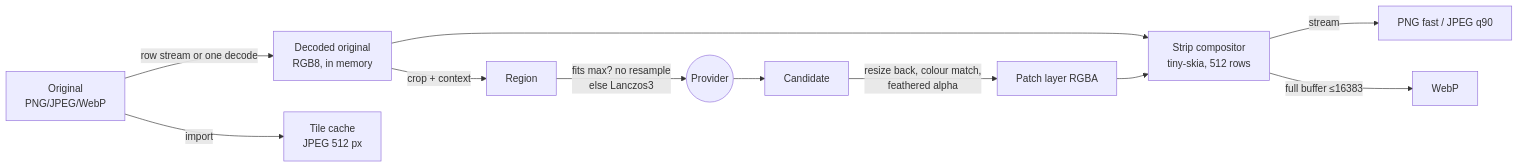
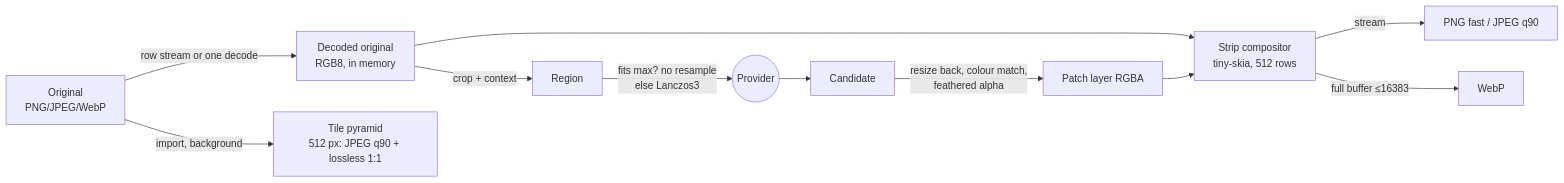
The diagram in docs/architecture/adr/proposed-large-image-strategy.md (szymonbalasz/pocket-forge), drawn with Mermaid before and after one commit. The commit also changed other lines of this file and 1 other file, not shown here.

Commit message:
Align imaging spike docs with #24-#30 and the canvas proposal (tile encoding, layer model, soft masks, export px per square)

````diff
--- a/docs/architecture/adr/proposed-large-image-strategy.md
+++ b/docs/architecture/adr/proposed-large-image-strategy.md
@@ -43,11 +50,11 @@
 ```mermaid
 flowchart LR
   O[Original<br/>PNG/JPEG/WebP] -->|row stream or one decode| B[Decoded original<br/>RGB8, in memory]
-  O -->|import| T[Tile cache<br/>JPEG 512 px]
+  O -->|import, background| T[Tile pyramid<br/>512 px: JPEG q90 + lossless 1:1]
   B -->|crop + context| R[Region] -->|fits max? no resample<br/>else Lanczos3| P((Provider))
   P --> C[Candidate] -->|resize back, colour match,<br/>feathered alpha| L[Patch layer RGBA]
   B --> F[Strip compositor<br/>tiny-skia, 512 rows]
   L --> F
   F -->|stream| E1[PNG fast / JPEG q90]
   F -->|full buffer ≤16383| E2[WebP]
 ```
````
